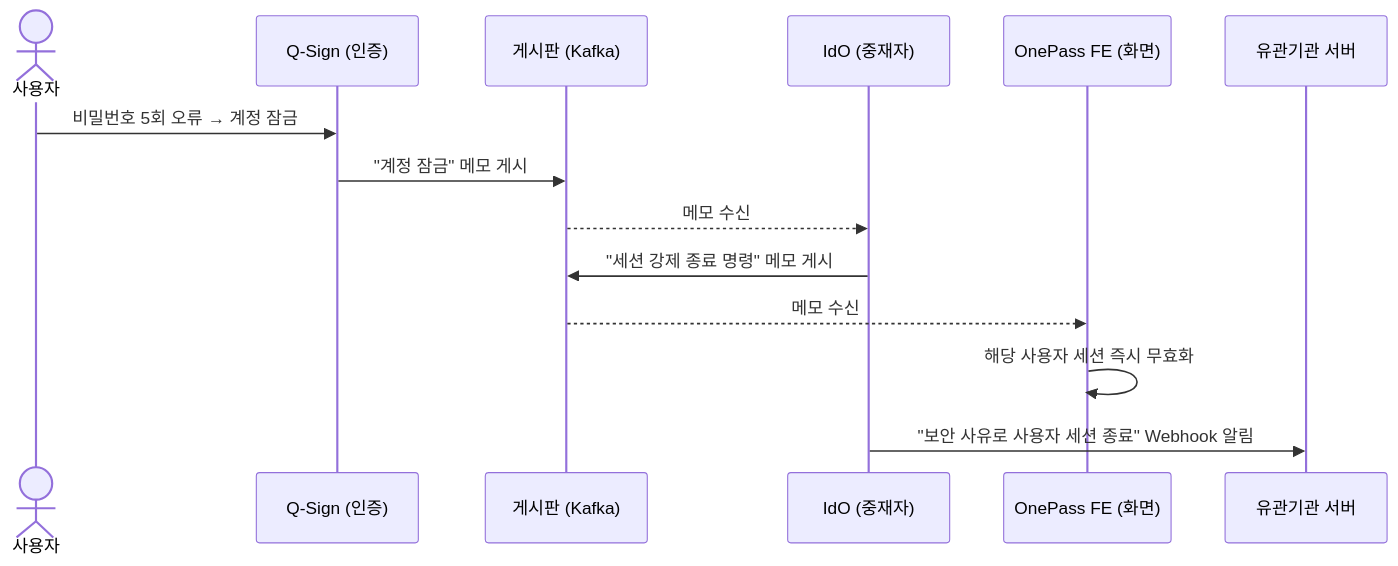
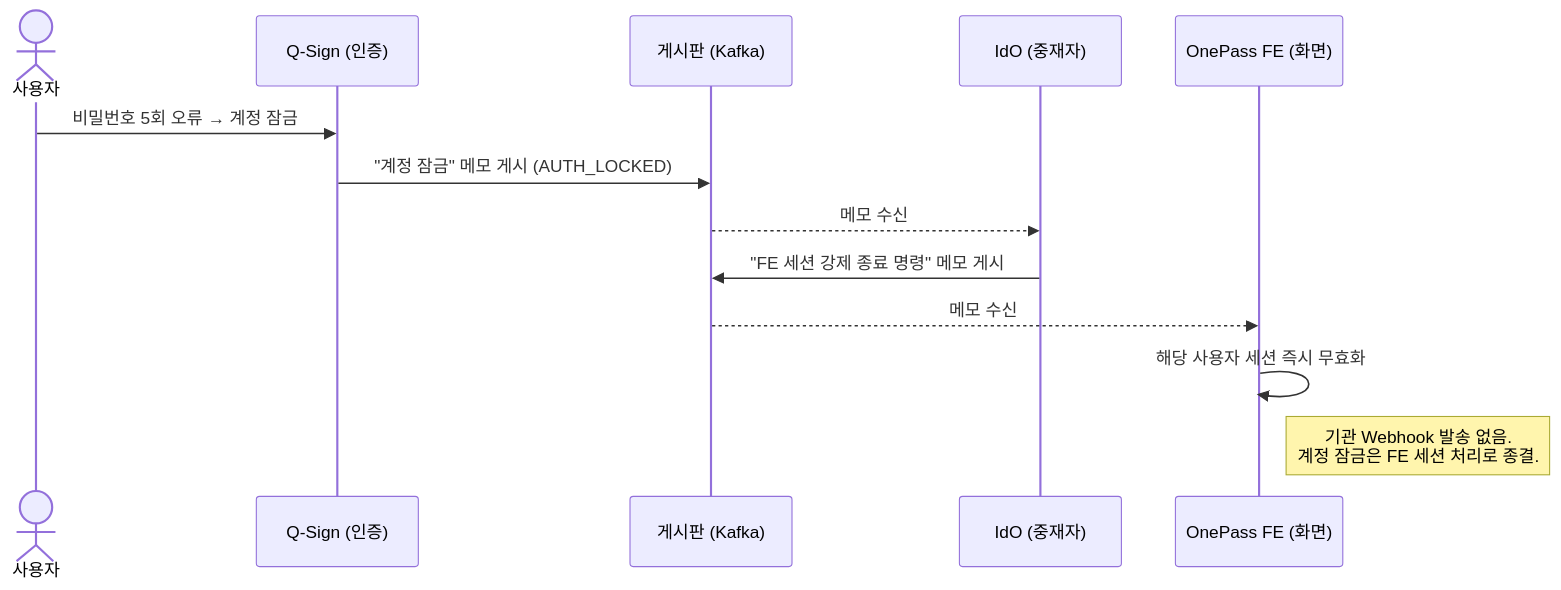
The fourth of 6 diagrams in docs/kafka_easy_guide_for_managers.md (HipsterMIN/integration-sso), drawn with Mermaid before and after one commit. The commit also changed other lines of this file and 1 other file, not shown here.

First line of the commit message:
docs: Kafka 가이드 2차 수정 — 5개 오류 항목 코드 기반 검증 후 수정

````diff
--- a/docs/kafka_easy_guide_for_managers.md
+++ b/docs/kafka_easy_guide_for_managers.md
@@ -182,17 +188,16 @@
 ```mermaid
 sequenceDiagram
     actor 사용자
     participant QS as Q-Sign (인증)
     participant KAFKA as 게시판 (Kafka)
     participant IDO as IdO (중재자)
     participant FE as OnePass FE (화면)
-    participant 기관 as 유관기관 서버
     
     사용자->>QS: 비밀번호 5회 오류 → 계정 잠금
-    QS->>KAFKA: "계정 잠금" 메모 게시
+    QS->>KAFKA: "계정 잠금" 메모 게시 (AUTH_LOCKED)
     KAFKA-->>IDO: 메모 수신
-    IDO->>KAFKA: "세션 강제 종료 명령" 메모 게시
+    IDO->>KAFKA: "FE 세션 강제 종료 명령" 메모 게시
     KAFKA-->>FE: 메모 수신
     FE->>FE: 해당 사용자 세션 즉시 무효화
-    IDO->>기관: "보안 사유로 사용자 세션 종료" Webhook 알림
+    note right of FE: 기관 Webhook 발송 없음.<br/>계정 잠금은 FE 세션 처리로 종결.
 ```
````
